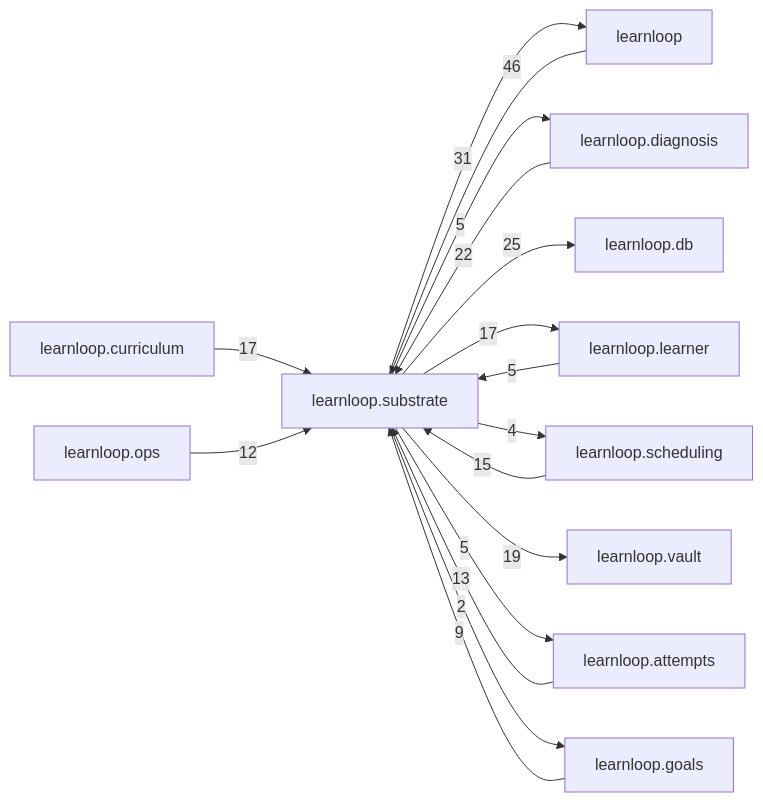
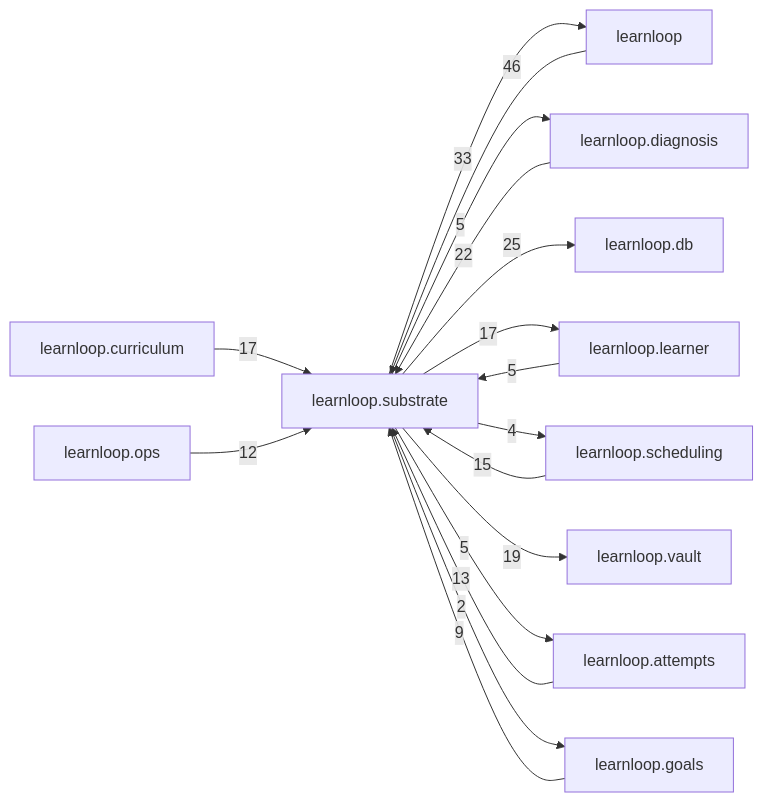
One commit to 6up-b/learnanything changed the diagram in docs/learnloop-architecture-vault/Reference/Modules/learnloop/substrate/_package.md. Above: the diagram before and after it, drawn with Mermaid. The commit also changed other lines of this file and 26 other files, not shown here.

````diff
--- a/docs/learnloop-architecture-vault/Reference/Modules/learnloop/substrate/_package.md
+++ b/docs/learnloop-architecture-vault/Reference/Modules/learnloop/substrate/_package.md
@@ -163,30 +163,30 @@
 ```mermaid
 flowchart LR
     center["learnloop.substrate"]
     n_learnloop["learnloop"]
     n_learnloop_diagnosis["learnloop.diagnosis"]
     n_learnloop_db["learnloop.db"]
     n_learnloop_learner["learnloop.learner"]
     n_learnloop_scheduling["learnloop.scheduling"]
     n_learnloop_vault["learnloop.vault"]
     n_learnloop_attempts["learnloop.attempts"]
     n_learnloop_curriculum["learnloop.curriculum"]
     n_learnloop_ops["learnloop.ops"]
     n_learnloop_goals["learnloop.goals"]
     n_learnloop -->|46| center
-    center -->|31| n_learnloop
+    center -->|33| n_learnloop
     n_learnloop_diagnosis -->|22| center
     center -->|5| n_learnloop_diagnosis
     center -->|25| n_learnloop_db
     n_learnloop_learner -->|5| center
     center -->|17| n_learnloop_learner
     n_learnloop_scheduling -->|15| center
     center -->|4| n_learnloop_scheduling
     center -->|19| n_learnloop_vault
     n_learnloop_attempts -->|13| center
     center -->|5| n_learnloop_attempts
     n_learnloop_curriculum -->|17| center
     n_learnloop_ops -->|12| center
     n_learnloop_goals -->|9| center
     center -->|2| n_learnloop_goals
 ```
````
